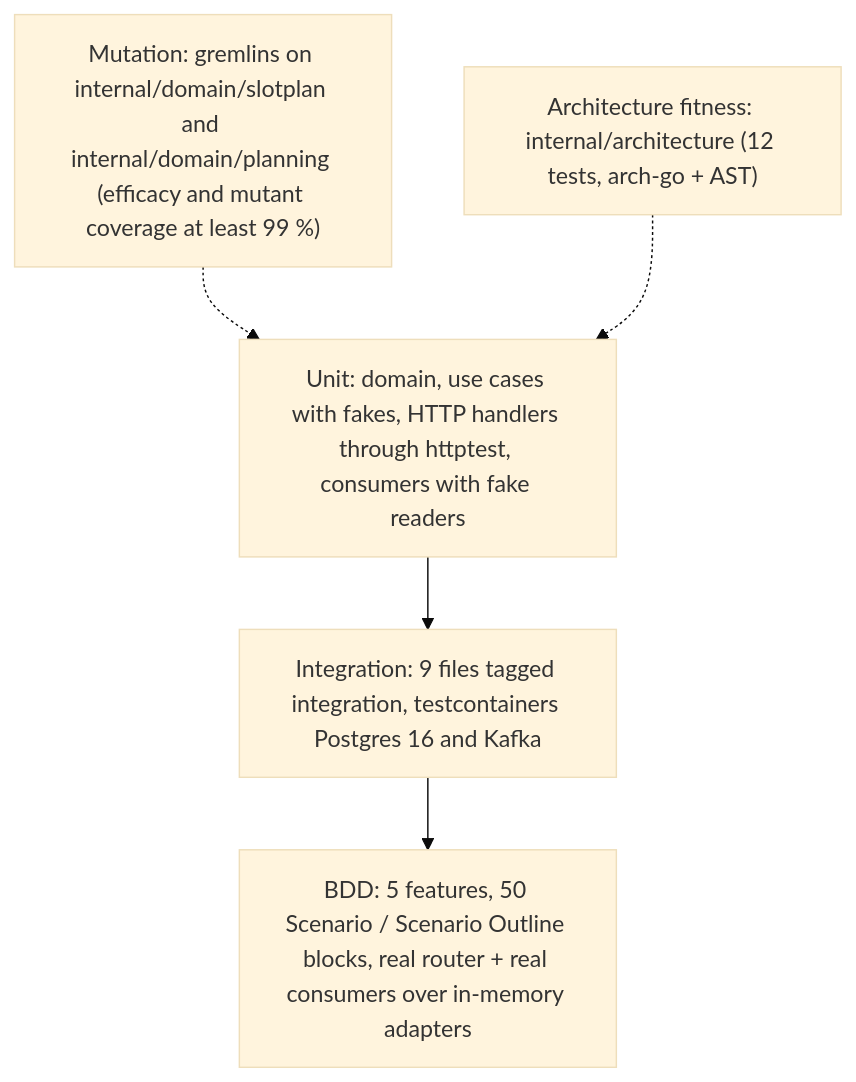
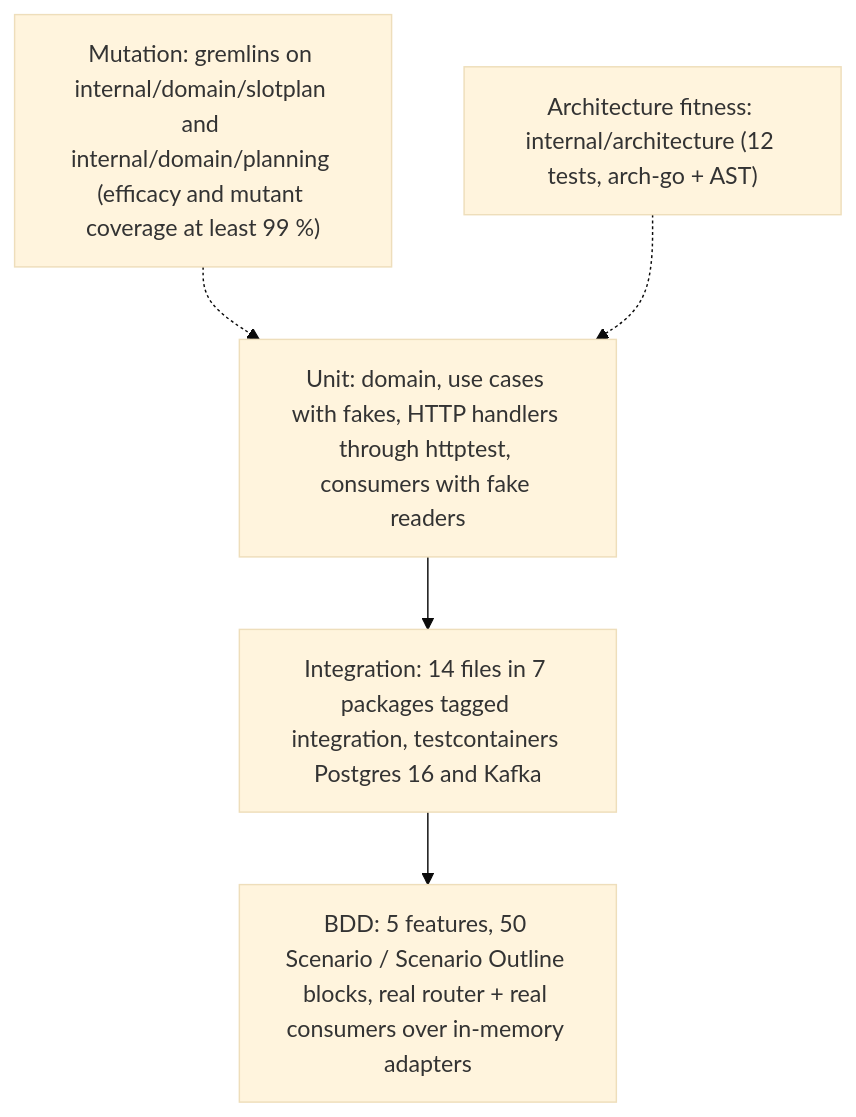
The diagram in docs/docs/development/testing.md (IQVO/slotting-optimization), drawn with Mermaid (base theme) before and after one commit. The commit also changed other lines of this file, not shown here.

First line of the commit message:
docs(testing): describe the usecase-wiring, kafka publisher and pgtx integration suites

````diff
--- a/docs/docs/development/testing.md
+++ b/docs/docs/development/testing.md
@@ -14,11 +14,11 @@
 ```mermaid
 flowchart TB
     arch["Architecture fitness: internal/architecture (12 tests, arch-go + AST)"]
     mut["Mutation: gremlins on internal/domain/slotplan and internal/domain/planning (efficacy and mutant coverage at least 99 %)"]
     bdd["BDD: 5 features, 50 Scenario / Scenario Outline blocks, real router + real consumers over in-memory adapters"]
-    integ["Integration: 9 files tagged integration, testcontainers Postgres 16 and Kafka"]
+    integ["Integration: 14 files in 7 packages tagged integration, testcontainers Postgres 16 and Kafka"]
     unit["Unit: domain, use cases with fakes, HTTP handlers through httptest, consumers with fake readers"]
     unit --> integ --> bdd
     mut -.-> unit
     arch -.-> unit
 ```
````
